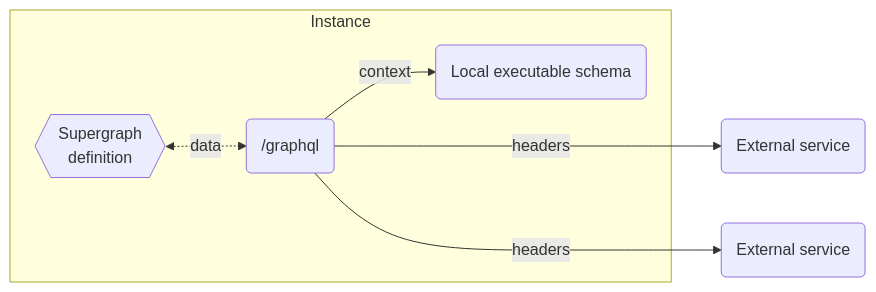
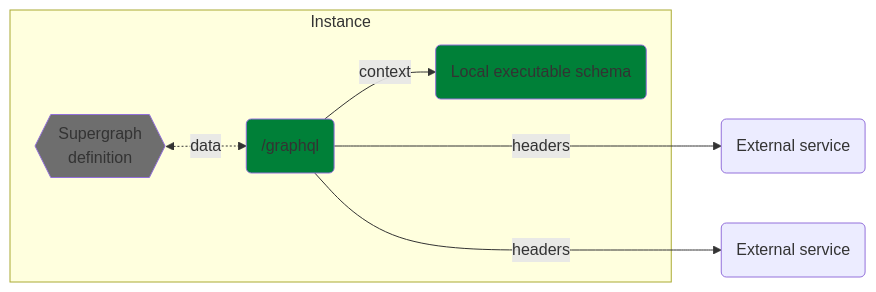
The diagram in README.md (stackables/mesh-local-federation), drawn with Mermaid before and after one commit.

Commit message:
chore: Color coding

````diff
--- a/README.md
+++ b/README.md
@@ -18,9 +18,12 @@
 ```mermaid
 graph LR;
     subgraph Instance
-        gateway(/graphql)--context-->local(Local executable schema)
-        db{{Supergraph\ndefinition}}<-.data.->gateway
+        gateway(/graphql):::local--context-->local(Local executable schema):::local
+        db{{Supergraph\ndefinition}}:::data<-.data.->gateway
     end
     gateway--headers--->federated1(External service);
     gateway--headers--->federated2(External service);
+
+	classDef local fill:#008038
+	classDef data fill:#6e6e6e
 ```
````
